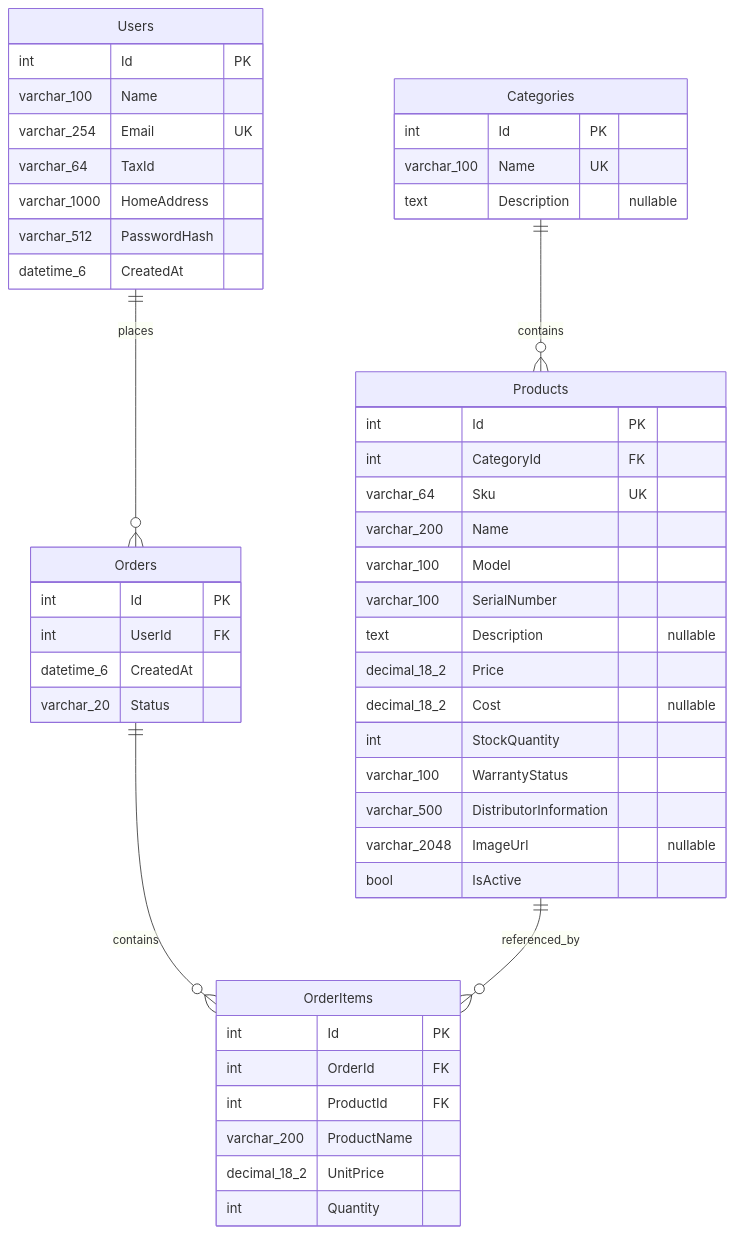
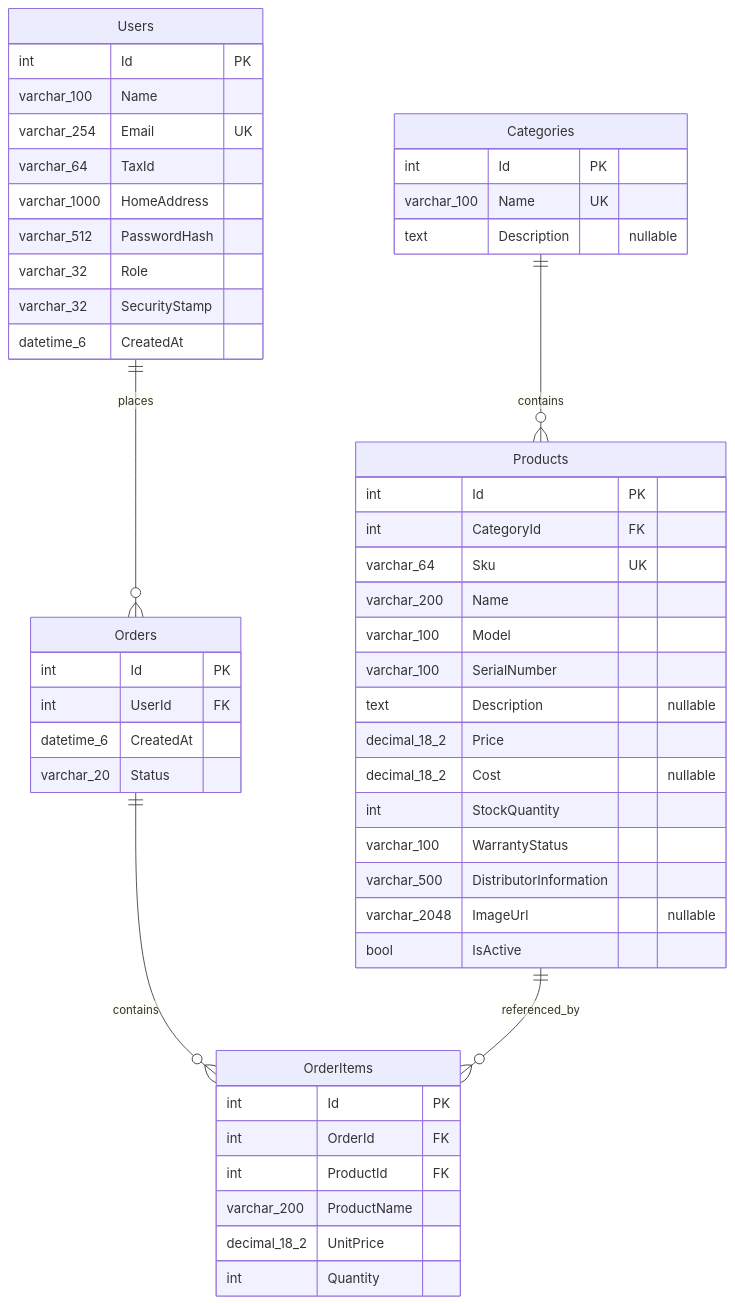
The diagram in docs/database-schema.md (efegormus/cs308), drawn with Mermaid before and after one commit. The commit also changed other lines of this file and 22 other files, not shown here.

````diff
--- a/docs/database-schema.md
+++ b/docs/database-schema.md
@@ -14,51 +14,53 @@
 ```mermaid
 erDiagram
     Categories ||--o{ Products : contains
     Users ||--o{ Orders : places
     Orders ||--o{ OrderItems : contains
     Products ||--o{ OrderItems : referenced_by
     Categories {
         int Id PK
         varchar_100 Name UK
         text Description "nullable"
     }
     Products {
         int Id PK
         int CategoryId FK
         varchar_64 Sku UK
         varchar_200 Name
         varchar_100 Model
         varchar_100 SerialNumber
         text Description "nullable"
         decimal_18_2 Price
         decimal_18_2 Cost "nullable"
         int StockQuantity
         varchar_100 WarrantyStatus
         varchar_500 DistributorInformation
         varchar_2048 ImageUrl "nullable"
         bool IsActive
     }
     Users {
         int Id PK
         varchar_100 Name
         varchar_254 Email UK
         varchar_64 TaxId
         varchar_1000 HomeAddress
         varchar_512 PasswordHash
+        varchar_32 Role
+        varchar_32 SecurityStamp
         datetime_6 CreatedAt
     }
     Orders {
         int Id PK
         int UserId FK
         datetime_6 CreatedAt
         varchar_20 Status
     }
     OrderItems {
         int Id PK
         int OrderId FK
         int ProductId FK
         varchar_200 ProductName
         decimal_18_2 UnitPrice
         int Quantity
     }
 ```
````
